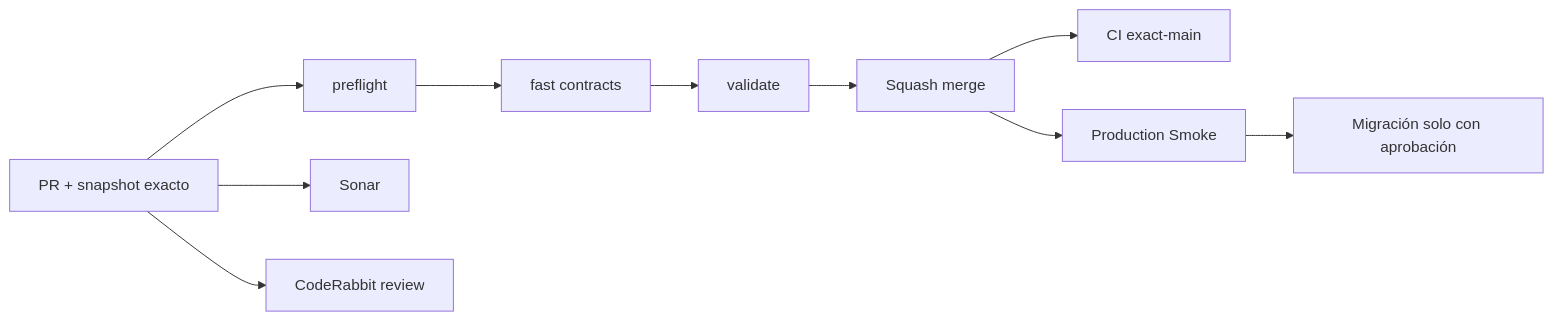
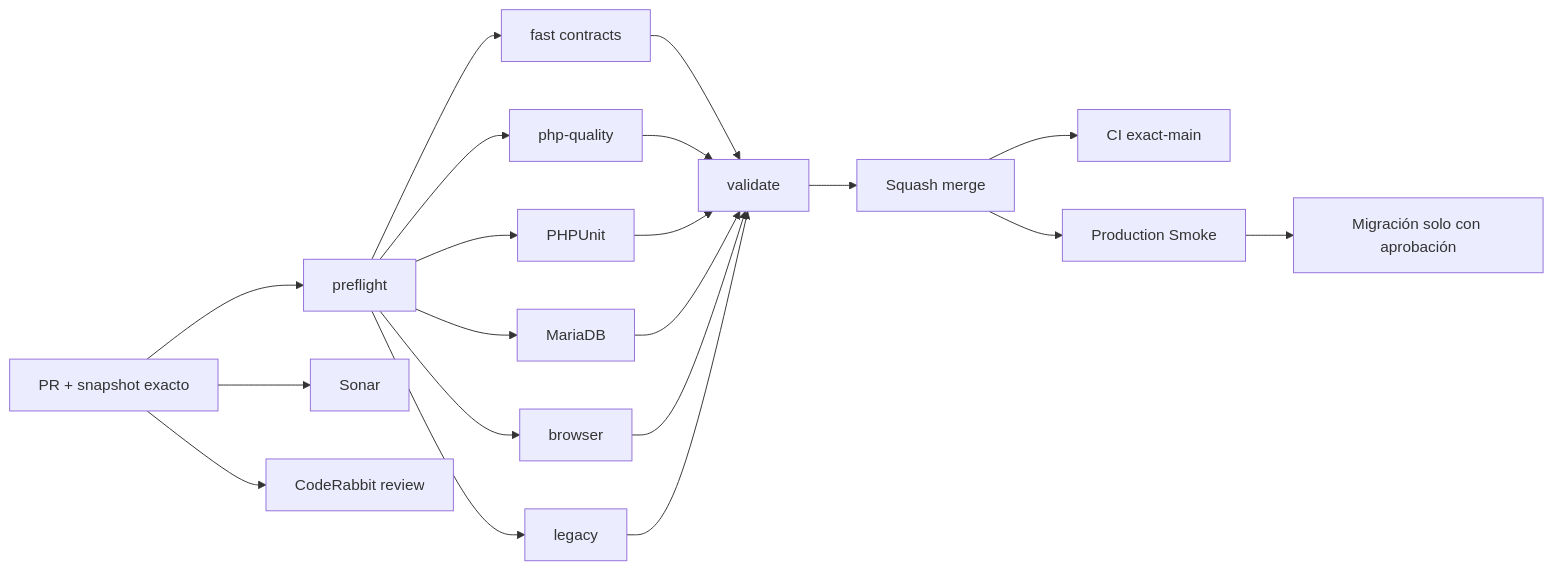
Before and after one commit to drpipe1098-commits/GrindFlow: the diagram in README.md, drawn with Mermaid. The commit also changed other lines of this file and 3 other files, not shown here.

````diff
--- a/README.md
+++ b/README.md
@@ -49,12 +48,22 @@
 ```mermaid
 flowchart LR
     A["PR + snapshot exacto"] --> P["preflight"]
     P --> F["fast contracts"]
+    P --> Q["php-quality"]
+    P --> T["PHPUnit"]
+    P --> D["MariaDB"]
+    P --> B["browser"]
+    P --> L["legacy"]
     A --> S["Sonar"]
     A --> C["CodeRabbit review"]
     F --> V["validate"]
+    Q --> V
+    T --> V
+    D --> V
+    B --> V
+    L --> V
     V --> M["Squash merge"]
     M --> X["CI exact-main"]
     M --> R["Production Smoke"]
     R --> G["Migración solo con aprobación"]
 ```
````
